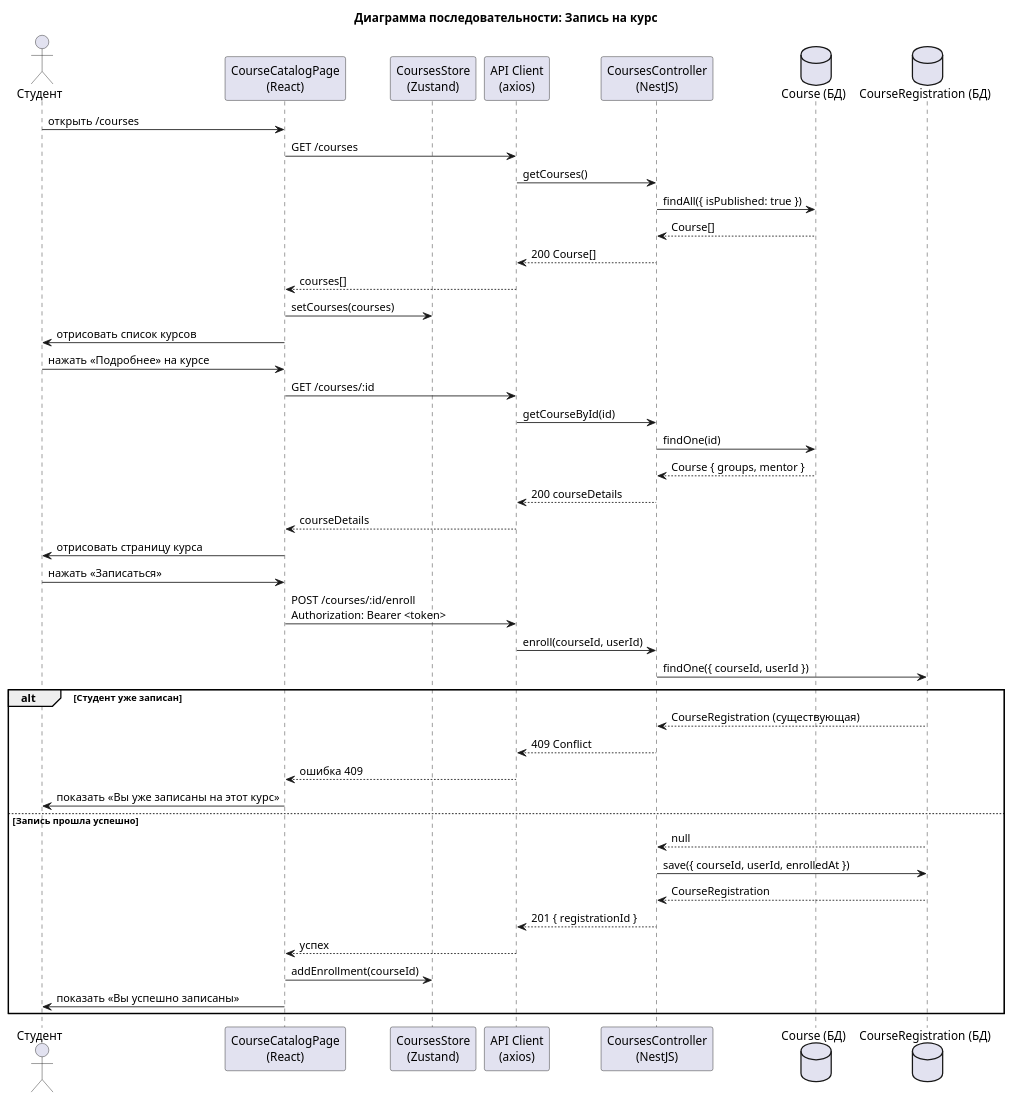
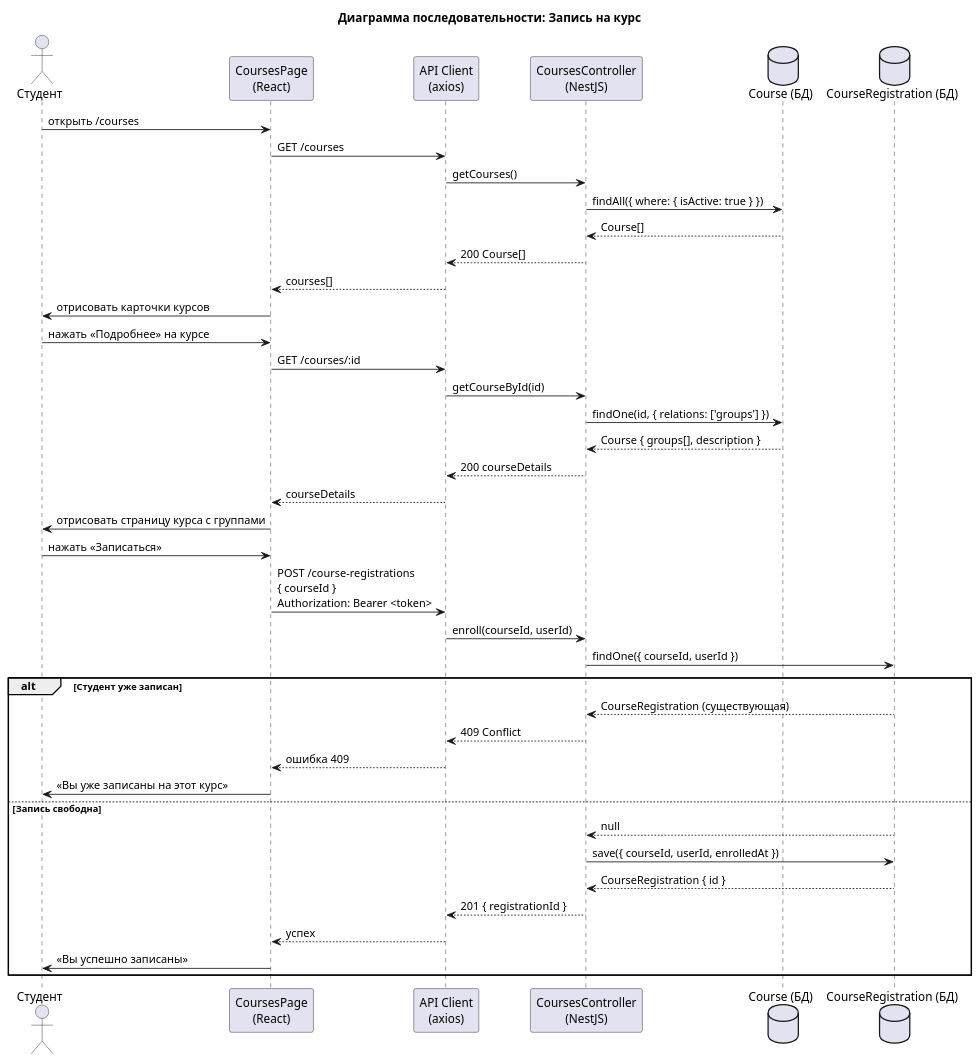
One commit to DoniZefironi/ASOI-Diploma changed the diagram in пояснительная записка/diagrams/seq_04_course_enrollment.puml. Above: the diagram before and after it, drawn with PlantUML. The commit also changed 33 other files, not shown here.

```diff
--- a/пояснительная записка/diagrams/seq_04_course_enrollment.puml
+++ b/пояснительная записка/diagrams/seq_04_course_enrollment.puml
@@ -1,51 +1,48 @@
 @startuml
 title Диаграмма последовательности: Запись на курс
 
 actor Студент as S
-participant "CourseCatalogPage\n(React)" as CP
-participant "CoursesStore\n(Zustand)" as CS
+participant "CoursesPage\n(React)" as CP
 participant "API Client\n(axios)" as API
 participant "CoursesController\n(NestJS)" as CC
 database "Course (БД)" as CourseDB
 database "CourseRegistration (БД)" as RegDB
 
 S -> CP: открыть /courses
 CP -> API: GET /courses
 API -> CC: getCourses()
-CC -> CourseDB: findAll({ isPublished: true })
+CC -> CourseDB: findAll({ where: { isActive: true } })
 CourseDB --> CC: Course[]
 CC --> API: 200 Course[]
 API --> CP: courses[]
-CP -> CS: setCourses(courses)
-CP -> S: отрисовать список курсов
+CP -> S: отрисовать карточки курсов
 
 S -> CP: нажать «Подробнее» на курсе
 CP -> API: GET /courses/:id
 API -> CC: getCourseById(id)
-CC -> CourseDB: findOne(id)
-CourseDB --> CC: Course { groups, mentor }
+CC -> CourseDB: findOne(id, { relations: ['groups'] })
+CourseDB --> CC: Course { groups[], description }
 CC --> API: 200 courseDetails
 API --> CP: courseDetails
-CP -> S: отрисовать страницу курса
+CP -> S: отрисовать страницу курса с группами
 
 S -> CP: нажать «Записаться»
-CP -> API: POST /courses/:id/enroll\nAuthorization: Bearer <token>
+CP -> API: POST /course-registrations\n{ courseId }\nAuthorization: Bearer <token>
 API -> CC: enroll(courseId, userId)
 CC -> RegDB: findOne({ courseId, userId })
 
 alt Студент уже записан
   RegDB --> CC: CourseRegistration (существующая)
   CC --> API: 409 Conflict
   API --> CP: ошибка 409
-  CP -> S: показать «Вы уже записаны на этот курс»
-else Запись прошла успешно
+  CP -> S: «Вы уже записаны на этот курс»
+else Запись свободна
   RegDB --> CC: null
   CC -> RegDB: save({ courseId, userId, enrolledAt })
-  RegDB --> CC: CourseRegistration
+  RegDB --> CC: CourseRegistration { id }
   CC --> API: 201 { registrationId }
   API --> CP: успех
-  CP -> CS: addEnrollment(courseId)
-  CP -> S: показать «Вы успешно записаны»
+  CP -> S: «Вы успешно записаны»
 end
 
 @enduml
```
